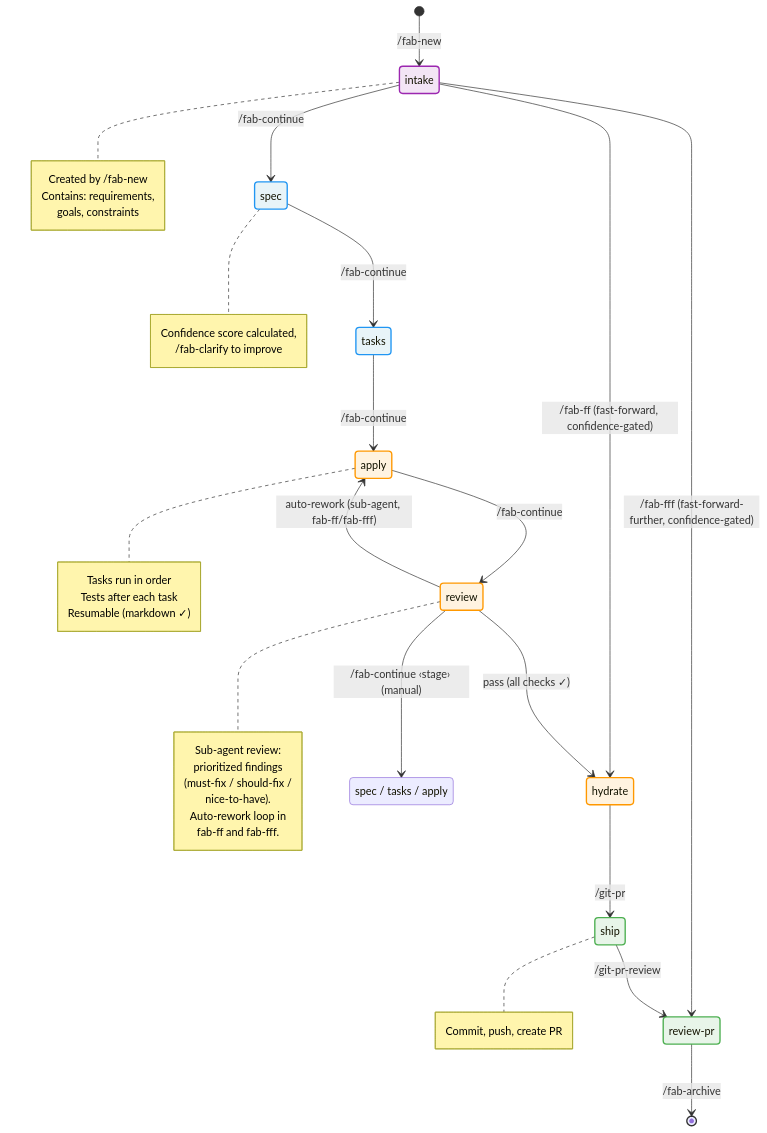
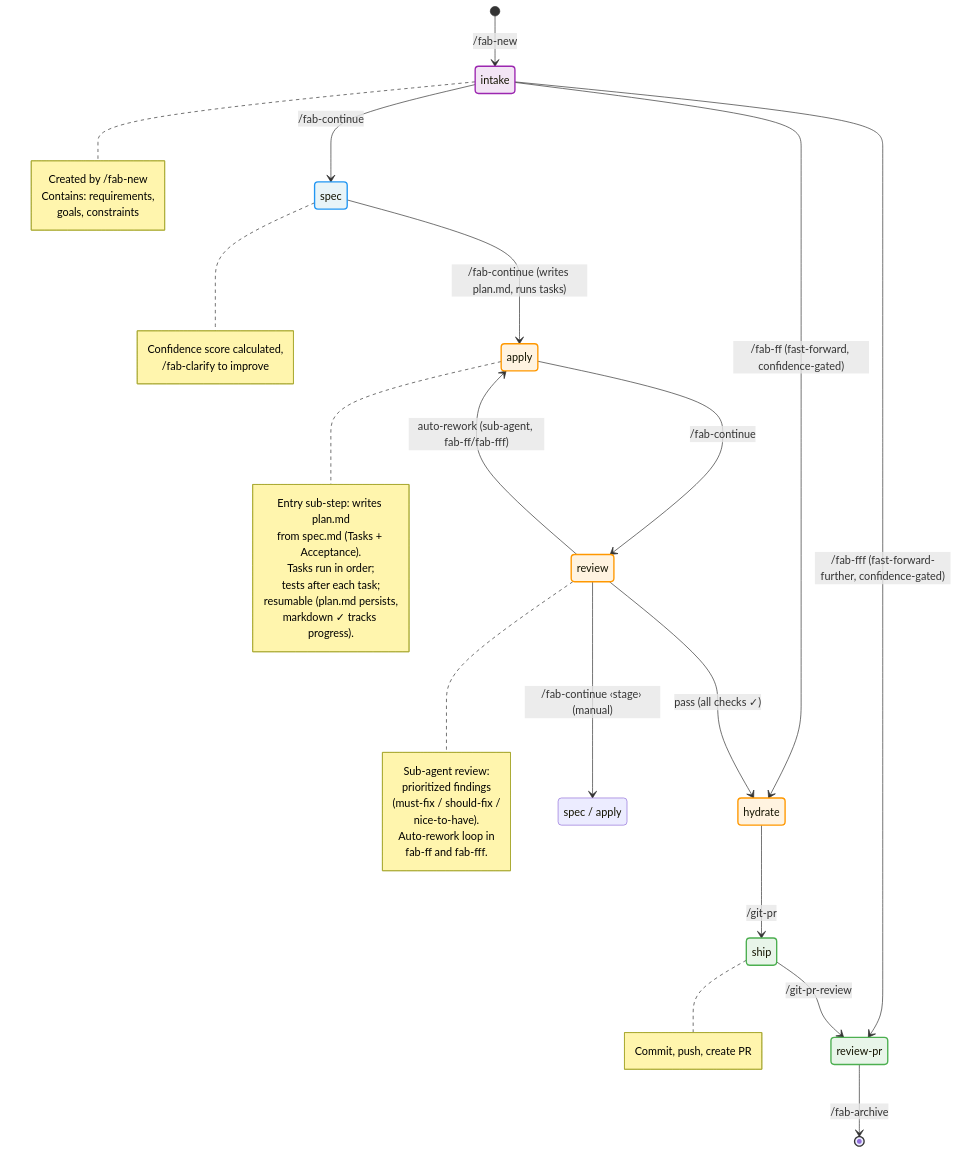
Before and after one commit to sahil87/fab-kit: the third of 4 diagrams in docs/specs/user-flow.md, drawn with Mermaid. The commit also changed other lines of this file and 66 other files, not shown here.

First line of the commit message:
fix: collapse tasks stage; merge tasks.md + checklist.md into plan.md

````diff
--- a/docs/specs/user-flow.md
+++ b/docs/specs/user-flow.md
@@ -94,69 +90,70 @@
 ```mermaid
 stateDiagram-v2
     direction TB
 
     [*] --> intake: /fab-new
 
     intake --> spec: /fab-continue
 
-    spec --> tasks: /fab-continue
+    spec --> apply: /fab-continue (writes plan.md, runs tasks)
     intake --> hydrate: /fab-ff (fast-forward, confidence-gated)
     intake --> review_pr: /fab-fff (fast-forward-further, confidence-gated)
-
-    tasks --> apply: /fab-continue
 
     apply --> review: /fab-continue
 
     review --> hydrate: pass (all checks ✓)
     review --> apply: auto-rework (sub-agent, fab-ff/fab-fff)
     review --> earlier_stage: /fab-continue ‹stage› (manual)
 
-    state "spec / tasks / apply" as earlier_stage
+    state "spec / apply" as earlier_stage
 
     hydrate --> ship: /git-pr
     ship --> review_pr: /git-pr-review
     review_pr --> [*]: /fab-archive
 
     state "review-pr" as review_pr
 
     note right of intake
         Created by /fab-new
         Contains: requirements,
         goals, constraints
     end note
 
     note right of spec
         Confidence score calculated,
         /fab-clarify to improve
     end note
 
     note right of apply
-        Tasks run in order
-        Tests after each task
-        Resumable (markdown ✓)
+        Entry sub-step: writes plan.md
+        from spec.md (Tasks + Acceptance).
+        Tasks run in order;
+        tests after each task;
+        resumable (plan.md persists,
+        markdown ✓ tracks progress).
     end note
 
     note right of review
         Sub-agent review:
         prioritized findings
         (must-fix / should-fix /
         nice-to-have).
         Auto-rework loop in
         fab-ff and fab-fff.
     end note
 
     note right of ship
         Commit, push, create PR
     end note
 
     %% Styles
     classDef planning fill:#e8f4f8,stroke:#2196F3,stroke-width:2px
     classDef execution fill:#fff3e0,stroke:#FF9800,stroke-width:2px
     classDef shipping fill:#e8f5e9,stroke:#4CAF50,stroke-width:2px
     classDef input fill:#f3e5f5,stroke:#9C27B0,stroke-width:2px
 
     class intake input
-    class spec,tasks planning
+    class spec planning
     class apply,review,hydrate execution
     class ship,review_pr shipping
 ```
````
